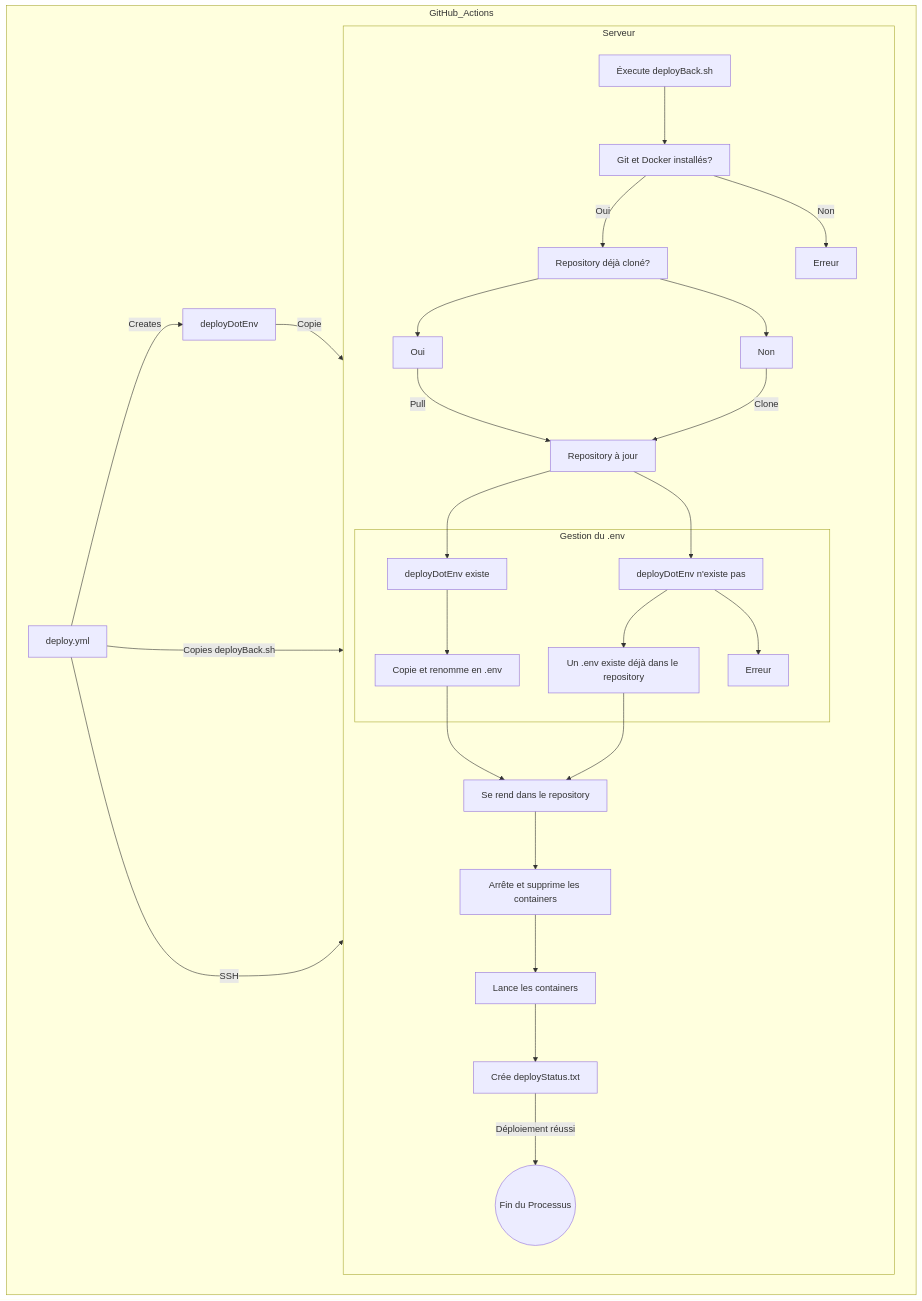
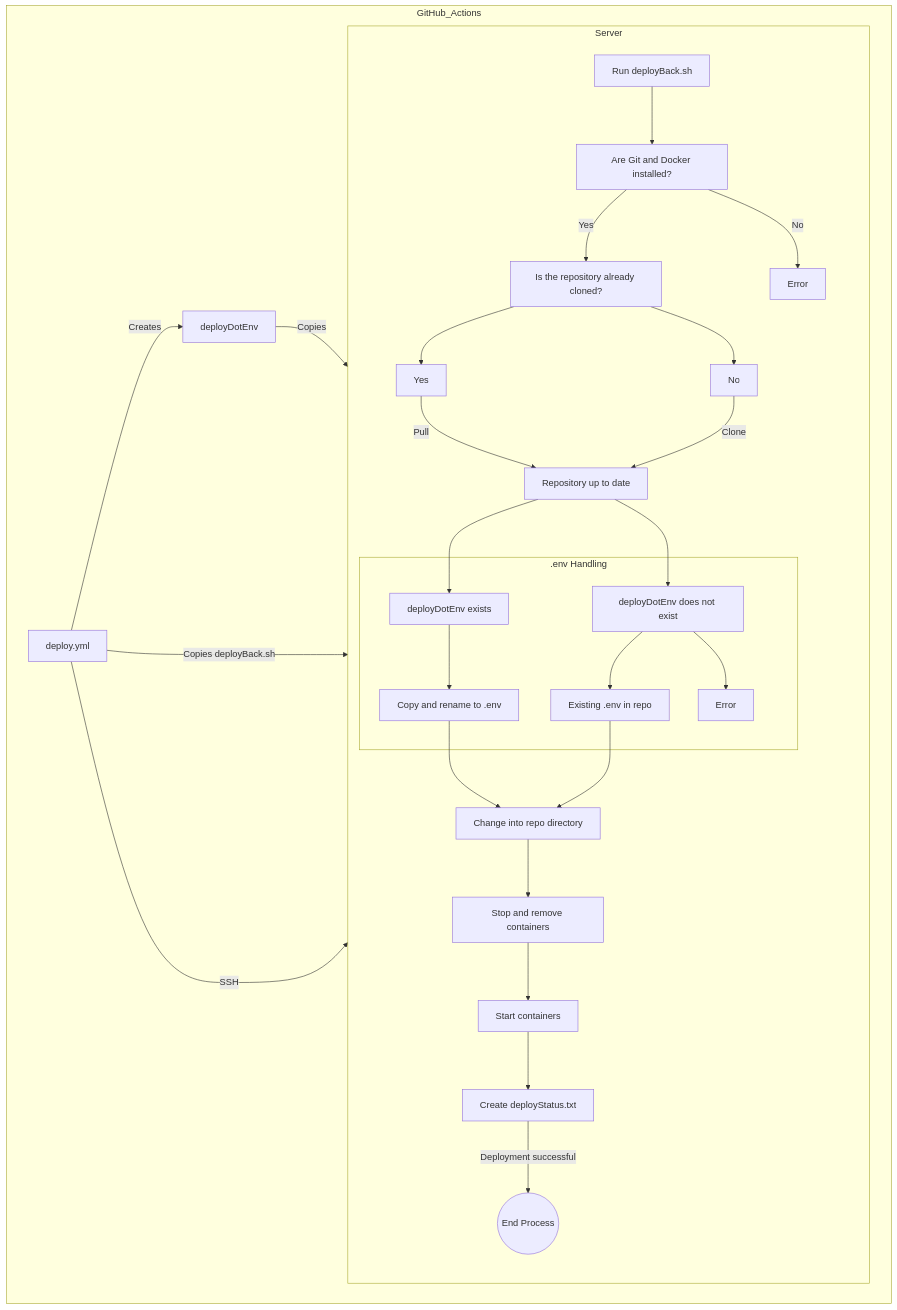
The diagram in docs/deployment/github_actions.md (Kenan-Blasius/doc-constellation-backend), drawn with Mermaid before and after one commit. The commit also changed other lines of this file, not shown here.

````diff
--- a/docs/deployment/github_actions.md
+++ b/docs/deployment/github_actions.md
@@ -61,34 +61,34 @@
 ```mermaid
 graph TD;
-   subgraph Serveur
+   subgraph Server
    direction TB
-      A[Éxecute deployBack.sh] --> B[Git et Docker installés?];
-      B -->|Oui| C[Repository déjà cloné?];
-      B -->|Non| P[Erreur];
-      C --> D[Oui];
-      C --> E[Non];
+      A[Run deployBack.sh] --> B[Are Git and Docker installed?];
+      B -->|Yes| C[Is the repository already cloned?];
+      B -->|No| P[Error];
+      C --> D[Yes];
+      C --> E[No];
       D -->|Pull| F;
-      E -->|Clone| F[Repository à jour];
-      F --> G[deployDotEnv existe];
-      F --> H[deployDotEnv n'existe pas];
+      E -->|Clone| F[Repository up to date];
+      F --> G[deployDotEnv exists];
+      F --> H[deployDotEnv does not exist];
 
-      subgraph Gestion du .env
-         G --> I[Copie et renomme en .env];
-         H --> J[Un .env existe déjà dans le repository];
-         H --> K[Erreur];
+      subgraph .env Handling
+         G --> I[Copy and rename to .env];
+         H --> J[Existing .env in repo];
+         H --> K[Error];
       end
 
-      J --> L[Se rend dans le repository];
+      J --> L[Change into repo directory];
       I --> L;
-      L --> M[Arrête et supprime les containers];
-      M --> N[Lance les containers];
-      N --> O[Crée deployStatus.txt];
-      O -->|Déploiement réussi | Success((Fin du Processus));
+      L --> M[Stop and remove containers];
+      M --> N[Start containers];
+      N --> O[Create deployStatus.txt];
+      O -->|Deployment successful| Success((End Process));
    end
    subgraph GitHub_Actions
       deploy.yml -->|Creates| deployDotEnv;
-      deployDotEnv -->|Copie| Serveur;
-      deploy.yml -->|Copies deployBack.sh| Serveur;
-      deploy.yml -->|SSH| Serveur;
+      deployDotEnv -->|Copies| Server;
+      deploy.yml -->|Copies deployBack.sh| Server;
+      deploy.yml -->|SSH| Server;
    end
 ```
````
